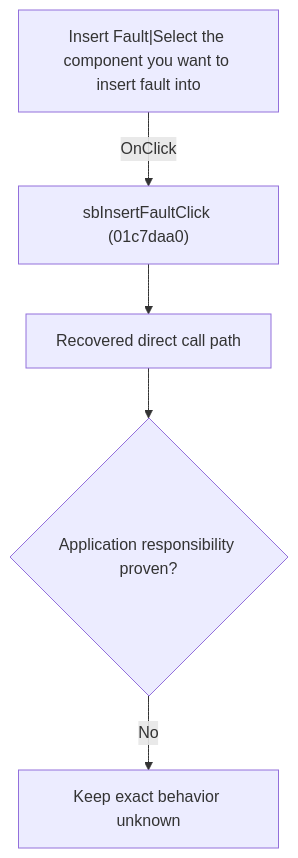
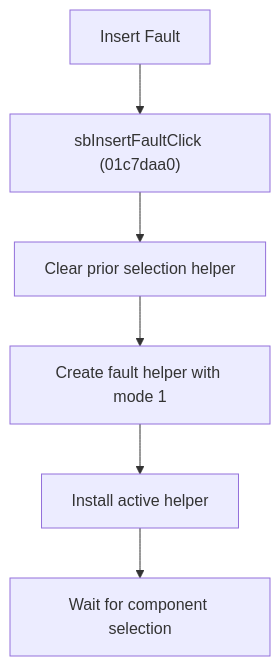
Before and after one commit to MovGP0/TIARA: the diagram in docs/ui-controls/schematiceditor/sbinsertfault-f11b78abbe.md, drawn with Mermaid. The commit also changed other lines of this file and 241 other files, not shown here.

````diff
--- a/docs/ui-controls/schematiceditor/sbinsertfault-f11b78abbe.md
+++ b/docs/ui-controls/schematiceditor/sbinsertfault-f11b78abbe.md
@@ -27,7 +20,8 @@
 ```mermaid
 flowchart TD
-    control["Insert Fault|Select the component you want to insert fault into"] -->|"OnClick"| handler["sbInsertFaultClick (01c7daa0)"]
-    handler --> recovered["Recovered direct call path"]
-    recovered --> gap{"Application responsibility proven?"}
-    gap -->|"No"| blocked["Keep exact behavior unknown"]
+    control["Insert Fault"] --> handler["sbInsertFaultClick (01c7daa0)"]
+    handler --> clear["Clear prior selection helper"]
+    clear --> create["Create fault helper with mode 1"]
+    create --> install["Install active helper"]
+    install --> wait["Wait for component selection"]
 ```
````
